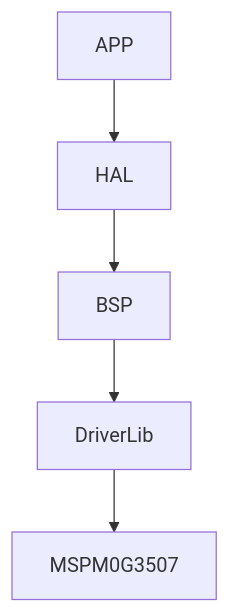
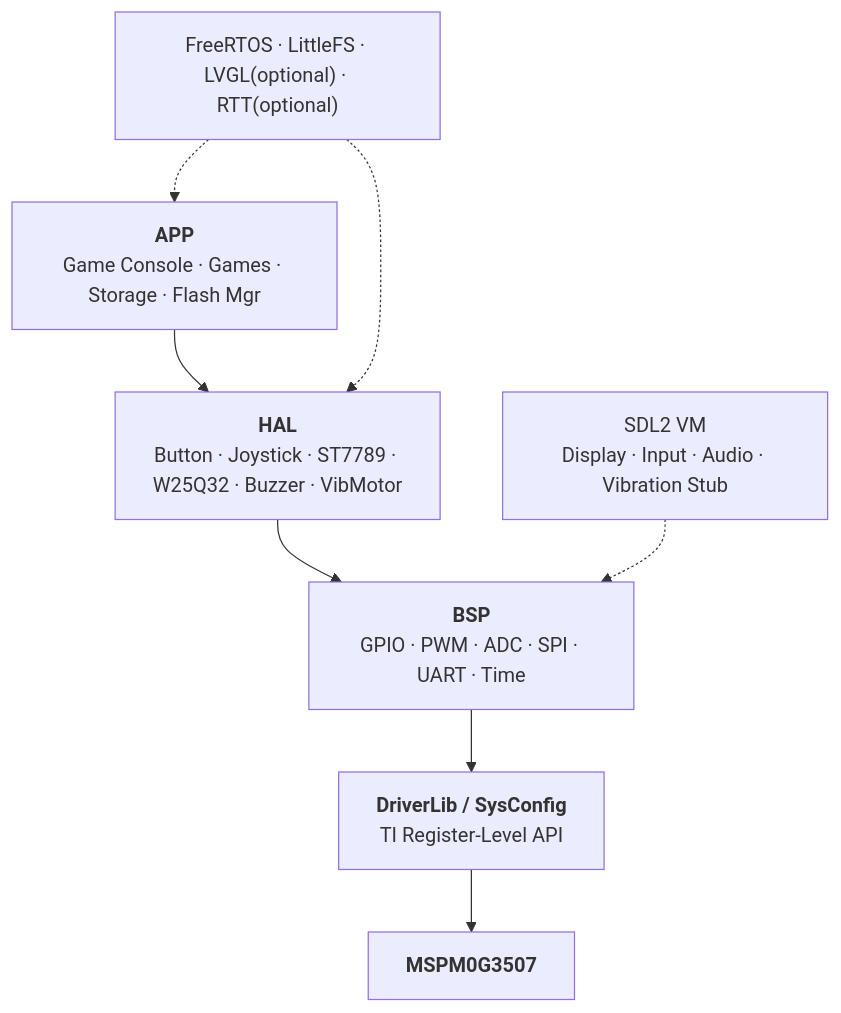
The diagram in README.md (OohShuo/mspm0g3507_framework), drawn with Mermaid before and after one commit. The commit also changed other lines of this file and 62 other files, not shown here.

````diff
--- a/README.md
+++ b/README.md
@@ -11,7 +24,20 @@
-```mermaid
+``` mermaid
 graph TD
-    APP["APP"] --> HAL["HAL"]
-    HAL --> BSP["BSP"]
-    BSP --> DL["DriverLib"]
-    DL --> MCU["MSPM0G3507"]
+    APP["<b>APP</b><br/>Game Console · Games · Storage · Flash Mgr"]
+    HAL["<b>HAL</b><br/>Button · Joystick · ST7789 · W25Q32 · Buzzer · VibMotor"]
+    BSP["<b>BSP</b><br/>GPIO · PWM · ADC · SPI · UART · Time"]
+    DL["<b>DriverLib / SysConfig</b><br/>TI Register-Level API"]
+    MCU["<b>MSPM0G3507</b>"]
+
+    MW["FreeRTOS · LittleFS · LVGL(optional) · RTT(optional)"]
+    VM["SDL2 VM<br/>Display · Input · Audio · Vibration Stub"]
+
+    APP --> HAL
+    HAL --> BSP
+    BSP --> DL
+    DL --> MCU
+
+    MW -.-> APP
+    MW -.-> HAL
+    VM -.-> BSP
 ```
````
